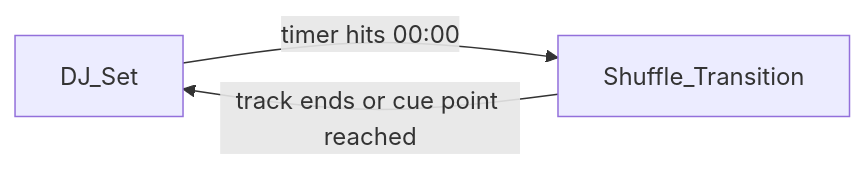
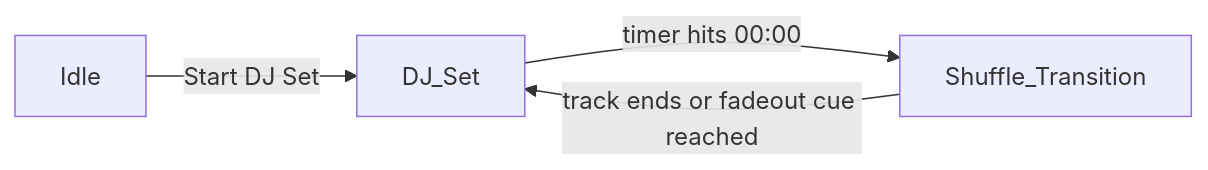
One commit to LeipeLeon/ShuffleParty changed the diagram in README.md. Above: the diagram before and after it, drawn with Mermaid. The commit also changed other lines of this file, not shown here.

First line of the commit message:
Update README with current architecture and features

````diff
--- a/README.md
+++ b/README.md
@@ -21,4 +23,5 @@
 ```mermaid
 flowchart LR
-   DJ_Set -- "timer hits 00:00" --> Shuffle_Transition -- "track ends or cue point reached" --> DJ_Set
+   Idle -- "Start DJ Set" --> DJ_Set
+   DJ_Set -- "timer hits 00:00" --> Shuffle_Transition -- "track ends or fadeout cue reached" --> DJ_Set
 ```
````
